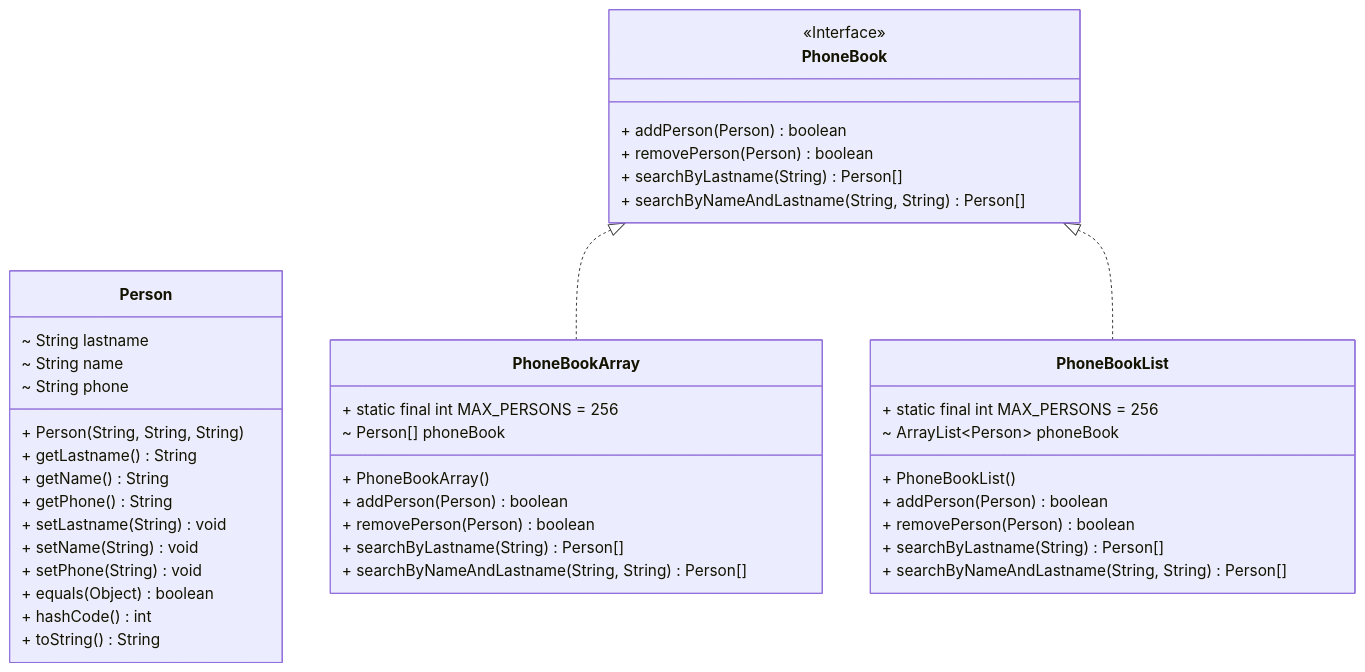
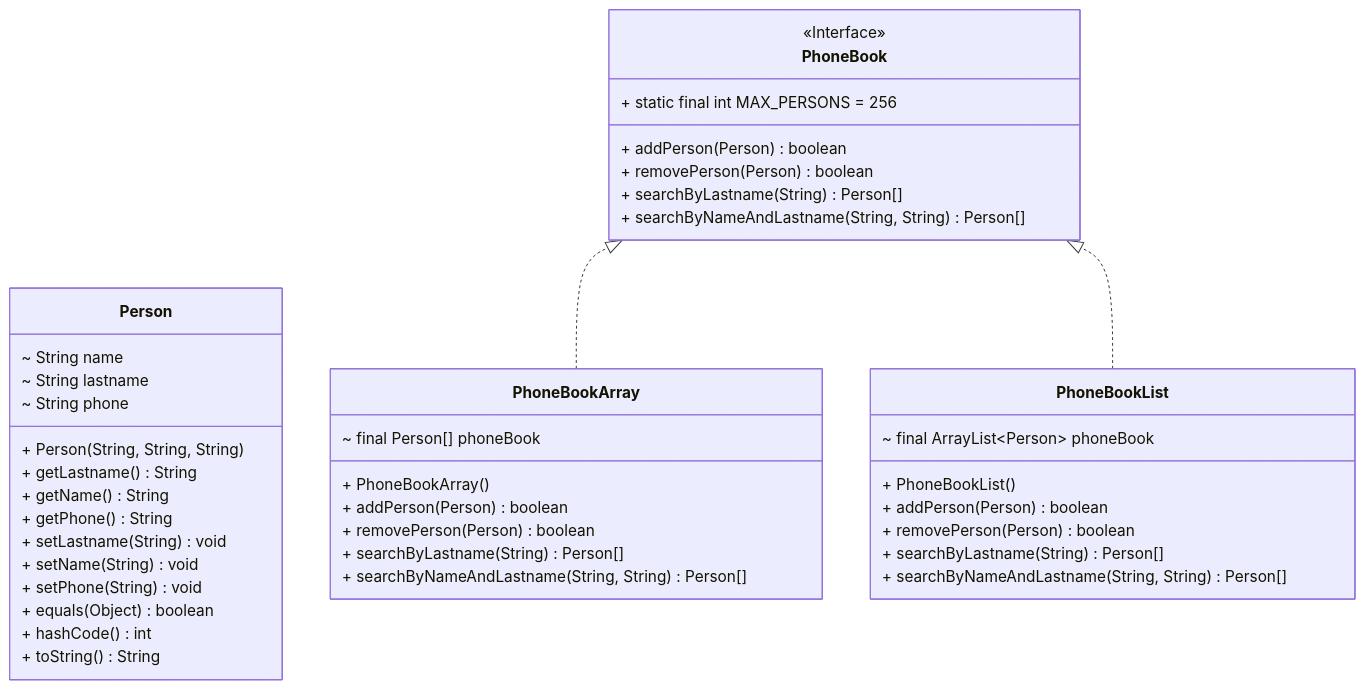
One commit to MarinCervinschi/ObjectOrientedProgramming changed the ninth of 13 diagrams in exercices/src/main/java/oop/README.md. Above: the diagram before and after it, drawn with Mermaid. The commit also changed other lines of this file and 6 other files, not shown here.

````diff
--- a/exercices/src/main/java/oop/README.md
+++ b/exercices/src/main/java/oop/README.md
@@ -295,46 +295,45 @@
 ```mermaid
 classDiagram
 direction BT
 class Person {
+  ~ String name
   ~ String lastname
-  ~ String name
   ~ String phone
   + Person(String, String, String) 
   + getLastname() String
   + getName() String
   + getPhone() String
   + setLastname(String) void
   + setName(String) void
   + setPhone(String) void
   + equals(Object) boolean
   + hashCode() int
   + toString() String
 }
 class PhoneBook {
   <<Interface>>
+  + static final int MAX_PERSONS = 256
   + addPerson(Person) boolean
   + removePerson(Person) boolean
   + searchByLastname(String) Person[]
   + searchByNameAndLastname(String, String) Person[]
 }
 class PhoneBookArray {
-  + static final int MAX_PERSONS = 256
-  ~ Person[] phoneBook
+  ~ final Person[] phoneBook
   + PhoneBookArray() 
   + addPerson(Person) boolean
   + removePerson(Person) boolean
   + searchByLastname(String) Person[]
   + searchByNameAndLastname(String, String) Person[]
 }
 class PhoneBookList {
-  + static final int MAX_PERSONS = 256
-  ~ ArrayList~Person~ phoneBook
+  ~ final ArrayList~Person~ phoneBook
   + PhoneBookList() 
   + addPerson(Person) boolean
   + removePerson(Person) boolean
   + searchByLastname(String) Person[]
   + searchByNameAndLastname(String, String) Person[]
 }
 PhoneBookArray  ..|>  PhoneBook 
 PhoneBookList  ..|>  PhoneBook 
 ```
````
